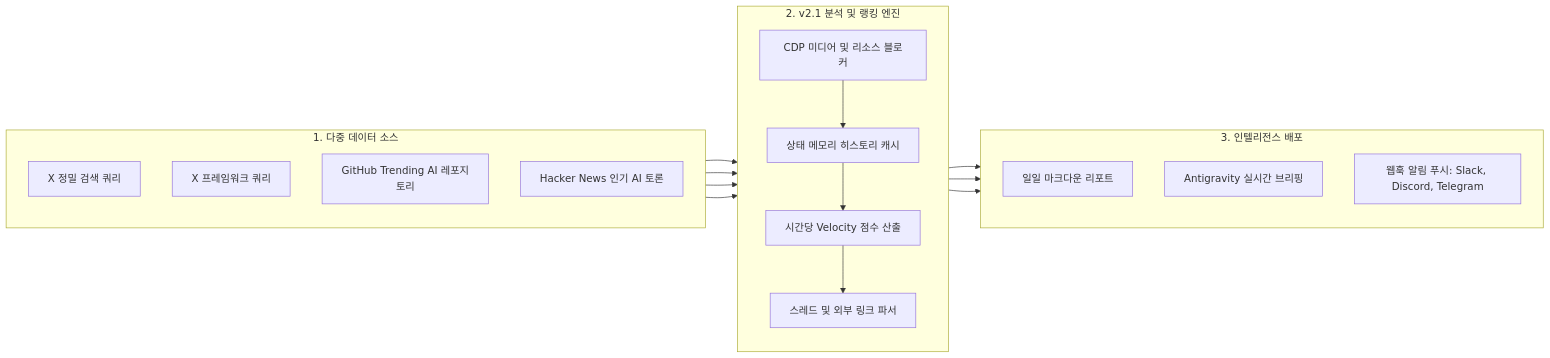
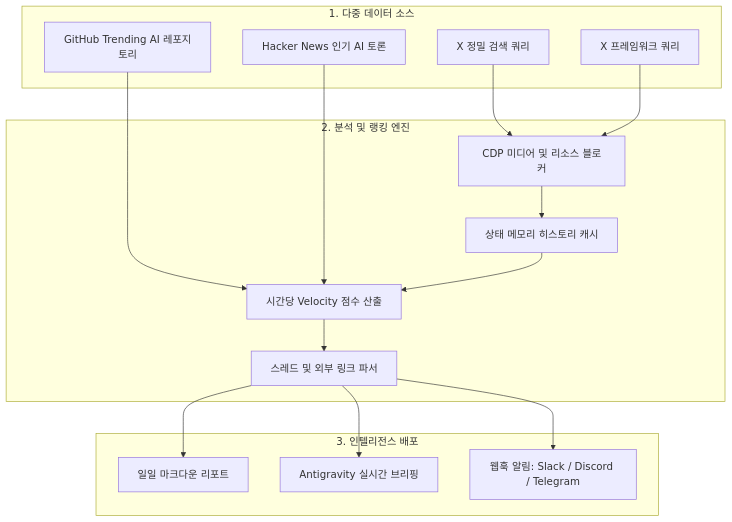
The diagram in README_KO.md (nanbada/X-AI-Radar), drawn with Mermaid before and after one commit. The commit also changed 2 other files, not shown here.

Commit message:
fix(docs): remove direction TB from subgraphs to fix GitHub Mermaid rendering

````diff
--- a/README_KO.md
+++ b/README_KO.md
@@ -47,36 +47,33 @@
 ```mermaid
-flowchart LR
-    subgraph Sources ["1. 다중 데이터 소스"]
-        direction TB
+flowchart TD
+    subgraph Sources["1. 다중 데이터 소스"]
         A1["X 정밀 검색 쿼리"]
         A2["X 프레임워크 쿼리"]
         A3["GitHub Trending AI 레포지토리"]
         A4["Hacker News 인기 AI 토론"]
     end
 
-    subgraph Core ["2. v2.1 분석 및 랭킹 엔진"]
-        direction TB
+    subgraph Core["2. 분석 및 랭킹 엔진"]
         B1["CDP 미디어 및 리소스 블로커"]
         B2["상태 메모리 히스토리 캐시"]
         B3["시간당 Velocity 점수 산출"]
         B4["스레드 및 외부 링크 파서"]
     end
 
-    subgraph Outputs ["3. 인텔리전스 배포"]
-        direction TB
+    subgraph Outputs["3. 인텔리전스 배포"]
         C1["일일 마크다운 리포트"]
         C2["Antigravity 실시간 브리핑"]
-        C3["웹훅 알림 푸시: Slack, Discord, Telegram"]
+        C3["웹훅 알림: Slack / Discord / Telegram"]
     end
 
     A1 --> B1
     A2 --> B1
     A3 --> B3
     A4 --> B3
     B1 --> B2
     B2 --> B3
     B3 --> B4
     B4 --> C1
     B4 --> C2
     B4 --> C3
 ```
````
